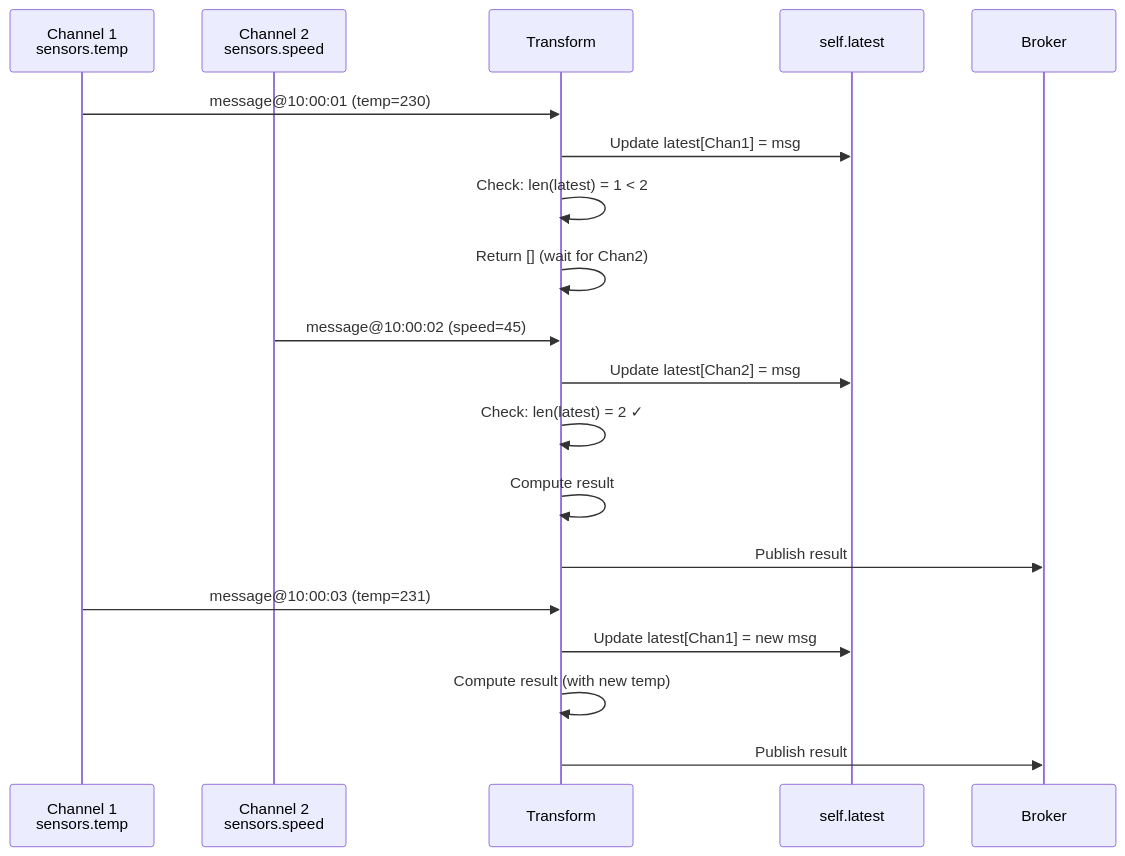
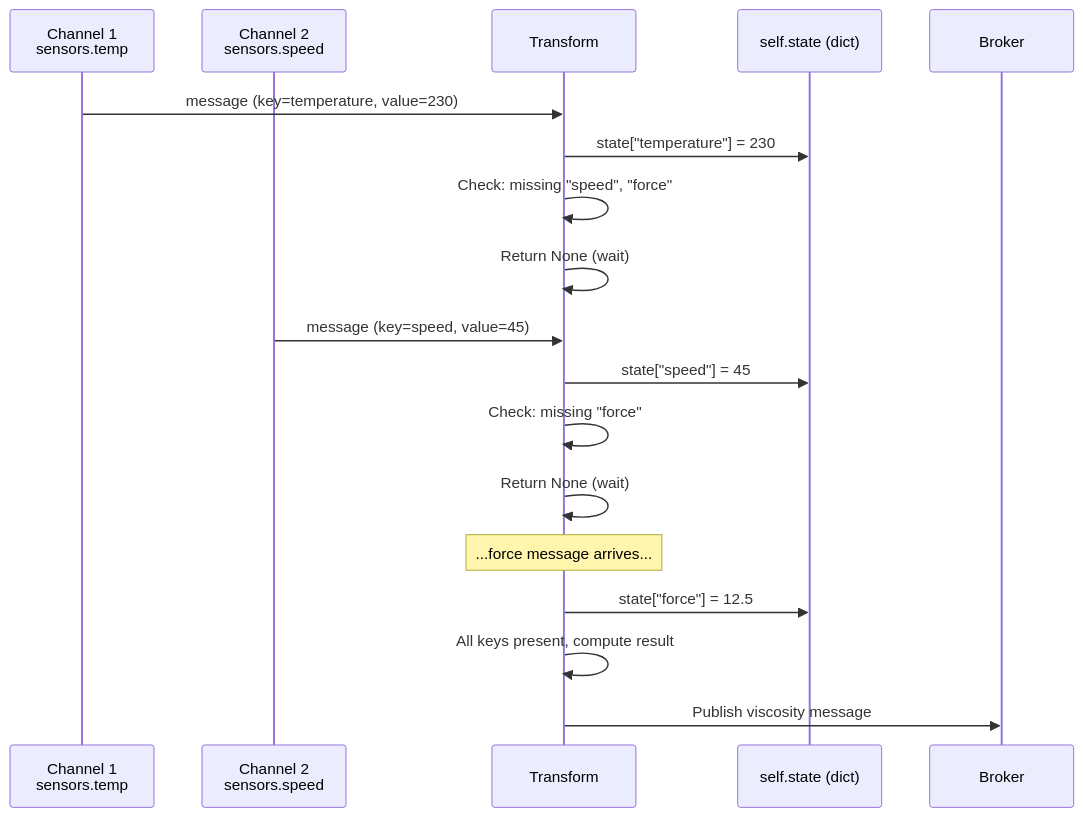
Before and after one commit to edgemind-sas/cod3s-data: the second of 2 diagrams in docs/specifications/FUNCTIONAL_SPECIFICATION/05-TRANSFORMATIONS.md, drawn with Mermaid. The commit also changed other lines of this file and 15 other files, not shown here.

````diff
--- a/docs/specifications/FUNCTIONAL_SPECIFICATION/05-TRANSFORMATIONS.md
+++ b/docs/specifications/FUNCTIONAL_SPECIFICATION/05-TRANSFORMATIONS.md
@@ -298,23 +297,22 @@
 ```mermaid
 sequenceDiagram
     participant Chan1 as Channel 1<br/>sensors.temp
     participant Chan2 as Channel 2<br/>sensors.speed
     participant Transform
-    participant State as self.latest
+    participant State as self.state (dict)
 
-    Chan1->>Transform: message@10:00:01 (temp=230)
-    Transform->>State: Update latest[Chan1] = msg
-    Transform->>Transform: Check: len(latest) = 1 < 2
-    Transform->>Transform: Return [] (wait for Chan2)
+    Chan1->>Transform: message (key=temperature, value=230)
+    Transform->>State: state["temperature"] = 230
+    Transform->>Transform: Check: missing "speed", "force"
+    Transform->>Transform: Return None (wait)
 
-    Chan2->>Transform: message@10:00:02 (speed=45)
-    Transform->>State: Update latest[Chan2] = msg
-    Transform->>Transform: Check: len(latest) = 2 ✓
-    Transform->>Transform: Compute result
-    Transform->>Broker: Publish result
+    Chan2->>Transform: message (key=speed, value=45)
+    Transform->>State: state["speed"] = 45
+    Transform->>Transform: Check: missing "force"
+    Transform->>Transform: Return None (wait)
 
-    Chan1->>Transform: message@10:00:03 (temp=231)
-    Transform->>State: Update latest[Chan1] = new msg
-    Transform->>Transform: Compute result (with new temp)
-    Transform->>Broker: Publish result
+    Note over Transform: ...force message arrives...
+    Transform->>State: state["force"] = 12.5
+    Transform->>Transform: All keys present, compute result
+    Transform->>Broker: Publish viscosity message
 ```
````
